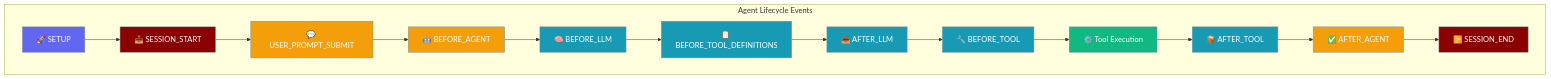
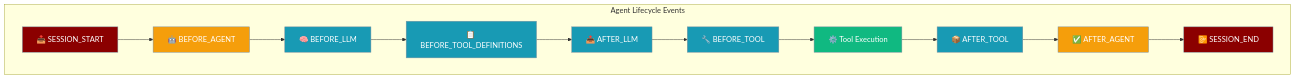
The fifth of 7 diagrams in docs/features/hook-events.mdx (MervinPraison/PraisonAIDocs), drawn with Mermaid before and after one commit. The commit also changed other lines of this file and 4 other files, not shown here.

````diff
--- a/docs/features/hook-events.mdx
+++ b/docs/features/hook-events.mdx
@@ -101,29 +101,24 @@
 ```mermaid
 graph TB
     subgraph "Agent Lifecycle Events"
-        A[🚀 SETUP] --> B[📥 SESSION_START]
-        B --> C[💬 USER_PROMPT_SUBMIT]
-        C --> D[🤖 BEFORE_AGENT]
+        B[📥 SESSION_START] --> D[🤖 BEFORE_AGENT]
         D --> E[🧠 BEFORE_LLM]
         E --> F[📋 BEFORE_TOOL_DEFINITIONS]
         F --> G[📤 AFTER_LLM]
         G --> H[🔧 BEFORE_TOOL]
         H --> I[⚙️ Tool Execution]
         I --> J[📦 AFTER_TOOL]
         J --> K[✅ AFTER_AGENT]
         K --> L[📴 SESSION_END]
     end
-    
-    classDef setup fill:#6366F1,stroke:#7C90A0,color:#fff
+
     classDef session fill:#8B0000,stroke:#7C90A0,color:#fff
     classDef agent fill:#F59E0B,stroke:#7C90A0,color:#fff
     classDef tool fill:#189AB4,stroke:#7C90A0,color:#fff
     classDef result fill:#10B981,stroke:#7C90A0,color:#fff
-    
-    class A setup
+
     class B,L session
-    class C,D,K agent
+    class D,K agent
     class E,F,G,H,J tool
     class I result
-
 ```
````
